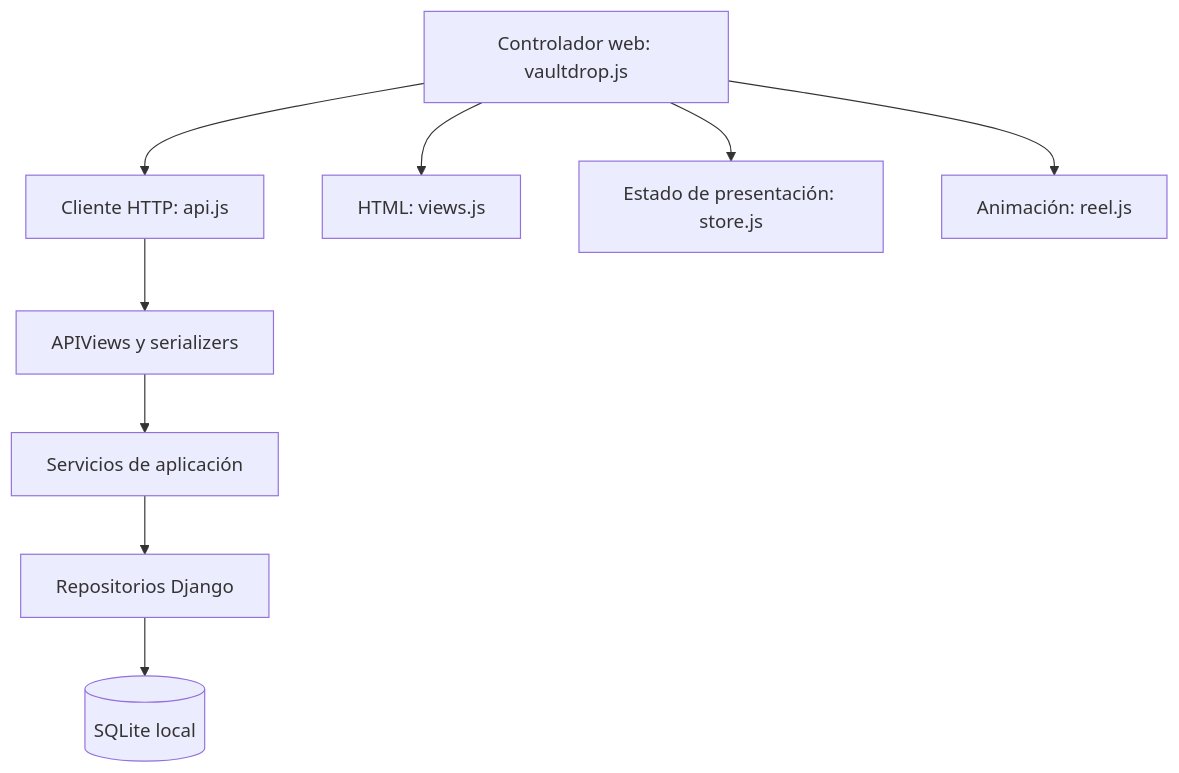
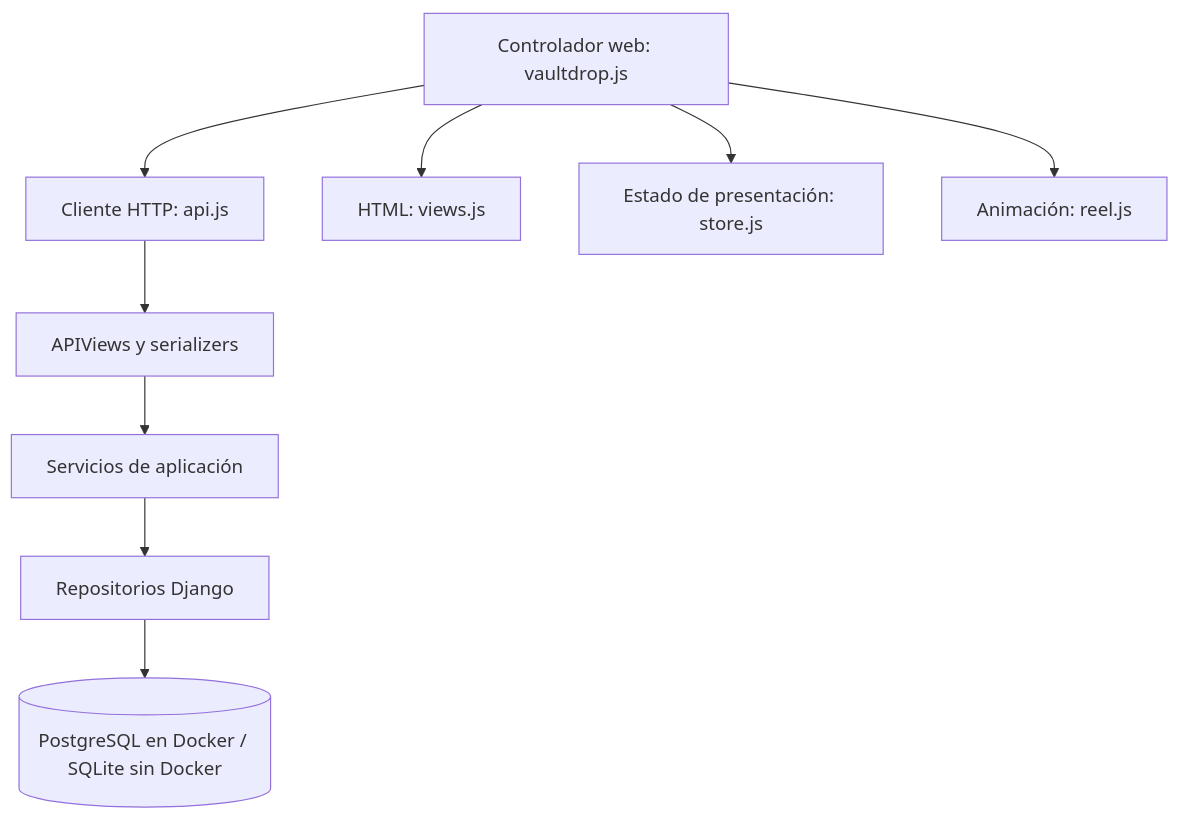
Before and after one commit to jrestrepoc/VaultDrop: the diagram in docs/arquitectura-actual.md, drawn with Mermaid. The commit also changed other lines of this file and 22 other files, not shown here.

````diff
--- a/docs/arquitectura-actual.md
+++ b/docs/arquitectura-actual.md
@@ -20,11 +20,11 @@
 ```mermaid
 flowchart TD
     UI[Controlador web: vaultdrop.js] --> API[Cliente HTTP: api.js]
     UI --> Views[HTML: views.js]
     UI --> State[Estado de presentación: store.js]
     UI --> Reel[Animación: reel.js]
     API --> HTTP[APIViews y serializers]
     HTTP --> UseCases[Servicios de aplicación]
     UseCases --> Repositories[Repositorios Django]
-    Repositories --> DB[(SQLite local)]
+    Repositories --> DB[(PostgreSQL en Docker / SQLite sin Docker)]
 ```
````
